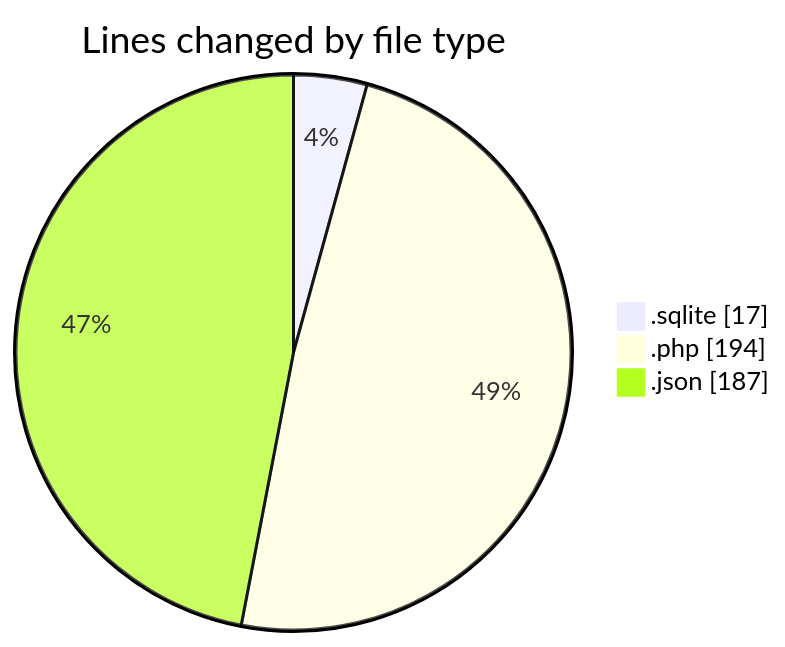
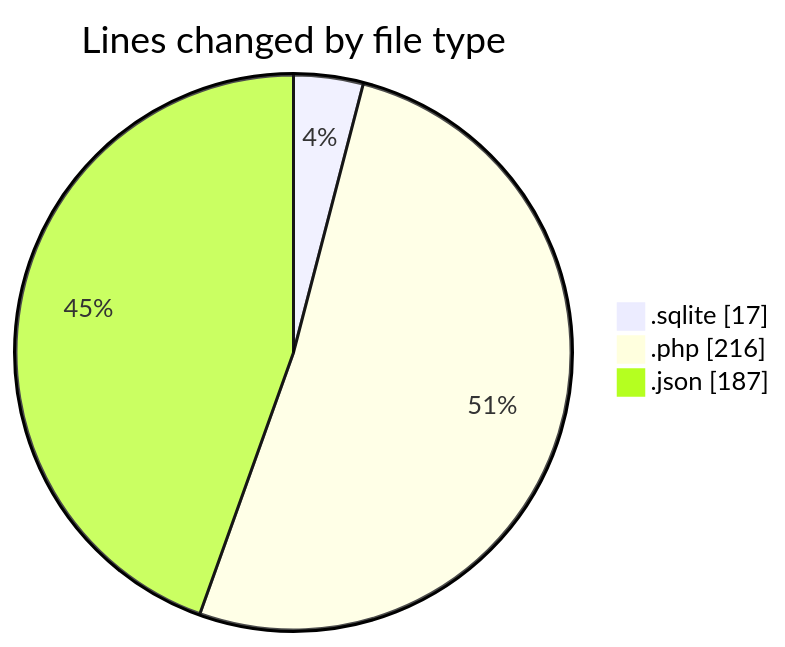
The first of 2 diagrams in 2025-10-07/url-shortener/README.md (Ritupan-Deka/code-tracking), drawn with Mermaid before and after one commit. The commit also changed other lines of this file and 1 other file, not shown here.

````diff
--- a/2025-10-07/url-shortener/README.md
+++ b/2025-10-07/url-shortener/README.md
@@ -22,7 +22,7 @@
 ```mermaid
 pie showData
 title Lines changed by file type
 ".sqlite" : 17
-".php" : 194
+".php" : 216
 ".json" : 187
 ```
````
